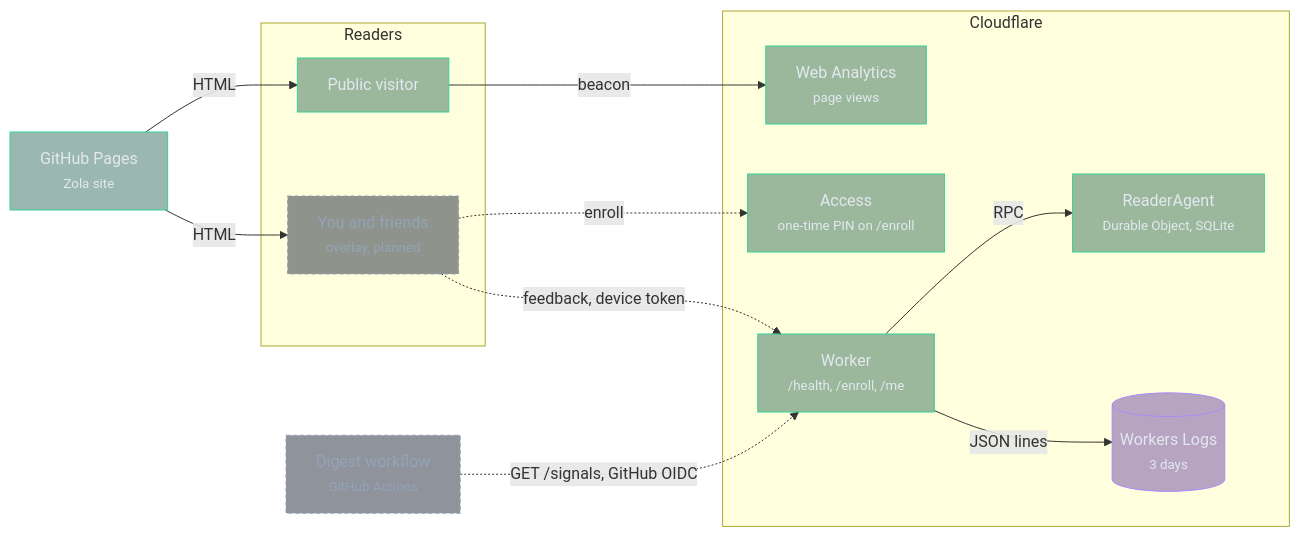
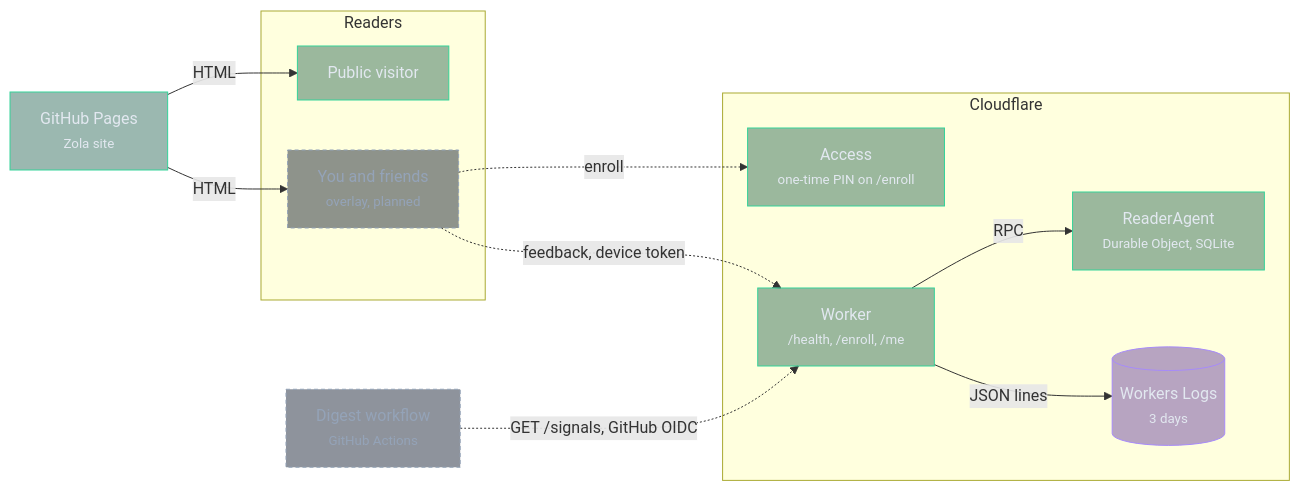
The diagram in signals/README.md (xkef/swe-digest), drawn with Mermaid before and after one commit. The commit also changed other lines of this file and 3 other files, not shown here.

First line of the commit message:
chore(site): remove Cloudflare Web Analytics

````diff
--- a/signals/README.md
+++ b/signals/README.md
@@ -12,35 +12,33 @@
 ```mermaid
 flowchart LR
   subgraph clients [Readers]
     visitor["Public visitor"]
     owner["You and friends<br/><small>overlay, planned</small>"]
   end
 
   pages["GitHub Pages<br/><small>Zola site</small>"]
 
   subgraph cf [Cloudflare]
-    analytics["Web Analytics<br/><small>page views</small>"]
     access["Access<br/><small>one-time PIN on /enroll</small>"]
     worker["Worker<br/><small>/health, /enroll, /me</small>"]
     agent["ReaderAgent<br/><small>Durable Object, SQLite</small>"]
     logs[("Workers Logs<br/><small>3 days</small>")]
   end
 
   runs["Digest workflow<br/><small>GitHub Actions</small>"]
 
   pages -- "HTML" --> visitor
   pages -- "HTML" --> owner
-  visitor -- "beacon" --> analytics
   owner -. "enroll" .-> access
   owner -. "feedback, device token" .-> worker
   worker -- "RPC" --> agent
   worker -- "JSON lines" --> logs
   runs -. "GET /signals, GitHub OIDC" .-> worker
 
   classDef live fill:#064e3b66,stroke:#34d399,color:#e2e8f0
   classDef planned fill:#1e293b80,stroke:#94a3b8,stroke-dasharray:4 3,color:#94a3b8
   classDef store fill:#4c1d9566,stroke:#a78bfa,color:#e2e8f0
-  class visitor,pages,analytics,access,worker,agent live
+  class visitor,pages,access,worker,agent live
   class owner,runs planned
   class logs store
 ```
````
